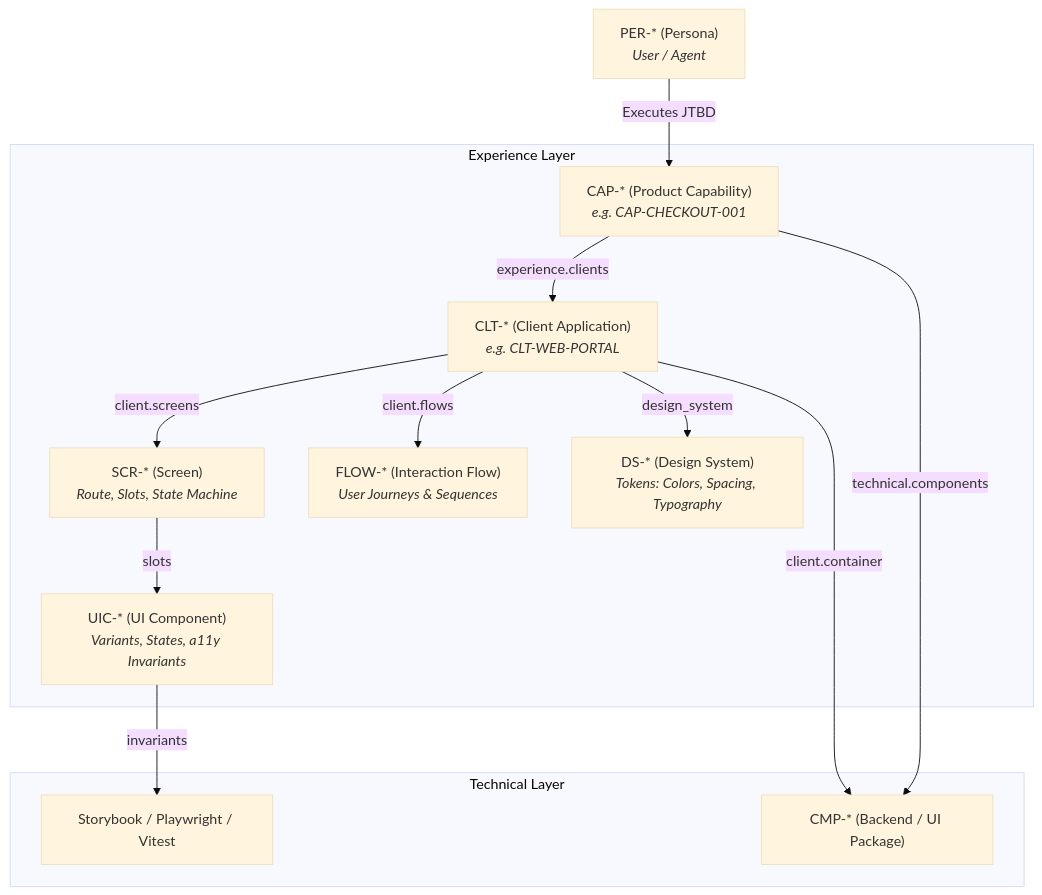
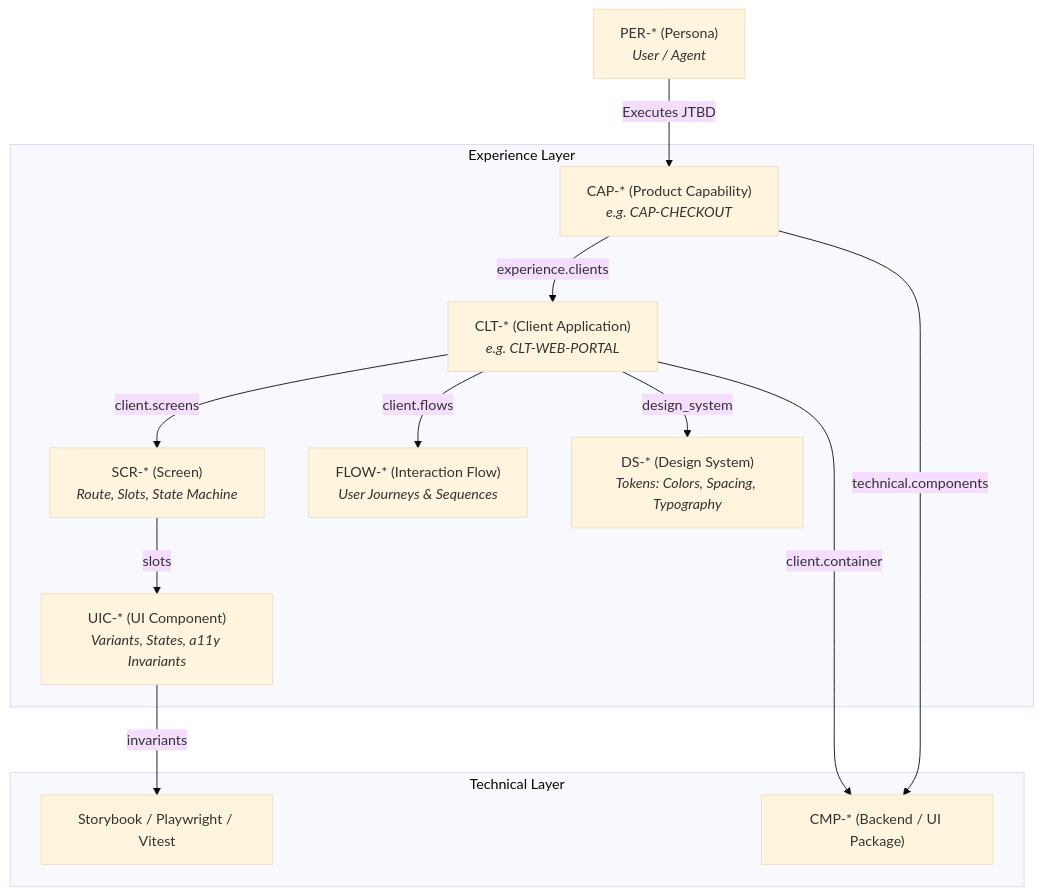
Before and after one commit to mchawa/eidos: the diagram in docs/concepts/design.md, drawn with Mermaid (base theme). The commit also changed 90 other files, not shown here.

````diff
--- a/docs/concepts/design.md
+++ b/docs/concepts/design.md
@@ -13,18 +13,18 @@
 ```mermaid
 graph TD
-    PER["PER-* (Persona)<br/><i>User / Agent</i>"] -->|Executes JTBD| CAP["CAP-* (Product Capability)<br/><i>e.g. CAP-CHECKOUT-001</i>"]
+    PER["PER-* (Persona)<br/><i>User / Agent</i>"] -->|Executes JTBD| CAP["CAP-* (Product Capability)<br/><i>e.g. CAP-CHECKOUT</i>"]
     
     subgraph Experience Layer
         CAP -->|experience.clients| CLT["CLT-* (Client Application)<br/><i>e.g. CLT-WEB-PORTAL</i>"]
         CLT -->|client.screens| SCR["SCR-* (Screen)<br/><i>Route, Slots, State Machine</i>"]
         CLT -->|client.flows| FLOW["FLOW-* (Interaction Flow)<br/><i>User Journeys & Sequences</i>"]
         SCR -->|slots| UIC["UIC-* (UI Component)<br/><i>Variants, States, a11y Invariants</i>"]
         CLT -->|design_system| DS["DS-* (Design System)<br/><i>Tokens: Colors, Spacing, Typography</i>"]
     end
     
     subgraph Technical Layer
         CLT -->|client.container| CMP["CMP-* (Backend / UI Package)"]
         CAP -->|technical.components| CMP
         UIC -->|invariants| TEST["Storybook / Playwright / Vitest"]
     end
 ```
````
